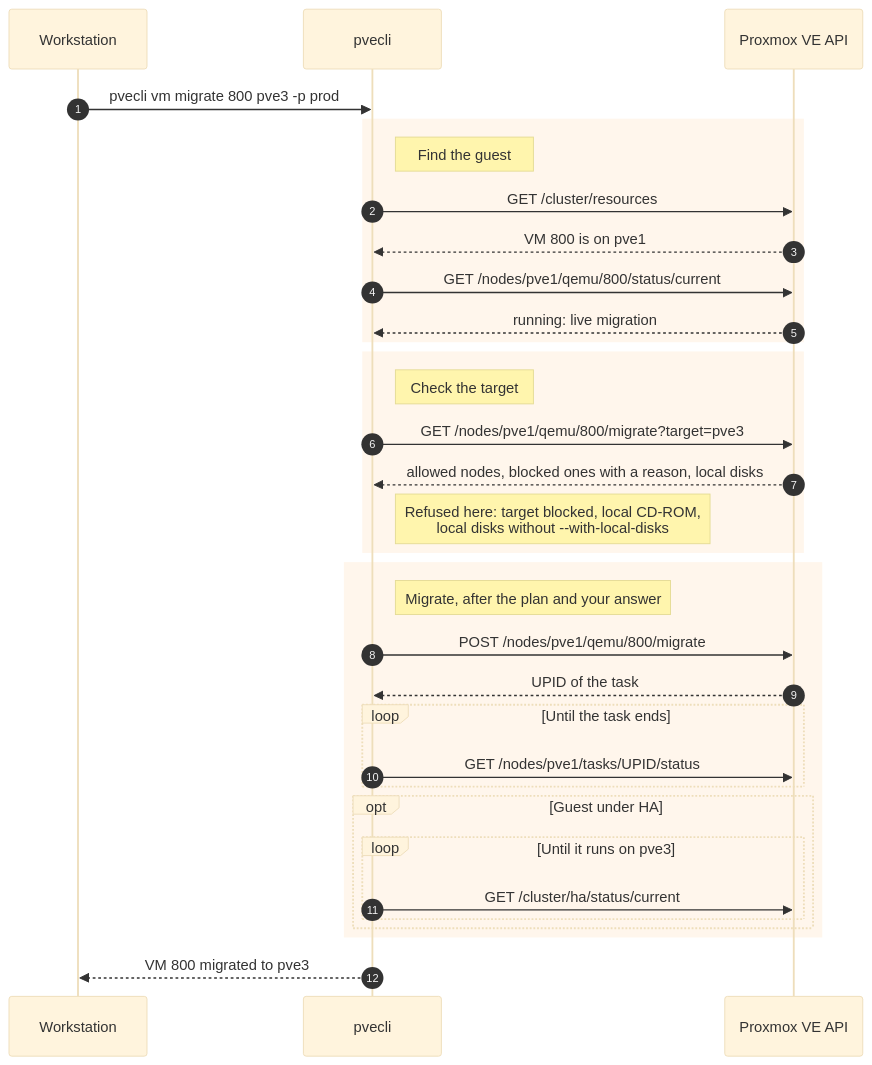
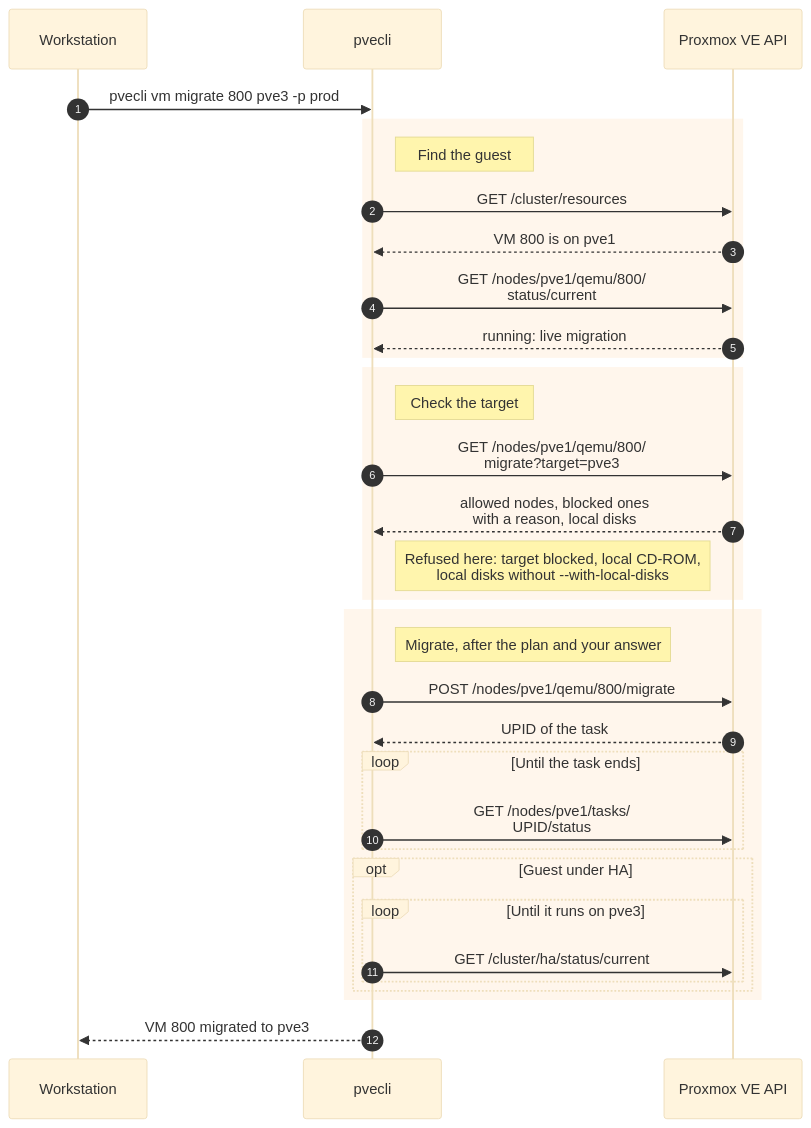
Before and after one commit to Helphyy/pvecli: the diagram in docs/guests/migrate.md, drawn with Mermaid (base theme). The commit also changed 19 other files, not shown here.

First line of the commit message:
Draw the diagrams at build time so they no longer pop in

````diff
--- a/docs/guests/migrate.md
+++ b/docs/guests/migrate.md
@@ -21,35 +21,35 @@
 ```mermaid
 sequenceDiagram
   autonumber
   participant You as Workstation
   participant P as pvecli
   participant A as Proxmox VE API
   You->>P: pvecli vm migrate 800 pve3 -p prod
   rect rgb(255, 246, 236)
     note right of P: Find the guest
     P->>A: GET /cluster/resources
     A-->>P: VM 800 is on pve1
-    P->>A: GET /nodes/pve1/qemu/800/status/current
+    P->>A: GET /nodes/pve1/qemu/800/<br/>status/current
     A-->>P: running: live migration
   end
   rect rgb(255, 246, 236)
     note right of P: Check the target
-    P->>A: GET /nodes/pve1/qemu/800/migrate?target=pve3
-    A-->>P: allowed nodes, blocked ones with a reason, local disks
+    P->>A: GET /nodes/pve1/qemu/800/<br/>migrate?target=pve3
+    A-->>P: allowed nodes, blocked ones<br/>with a reason, local disks
     note right of P: Refused here: target blocked, local CD-ROM,<br/>local disks without --with-local-disks
   end
   rect rgb(255, 246, 236)
     note right of P: Migrate, after the plan and your answer
     P->>A: POST /nodes/pve1/qemu/800/migrate
     A-->>P: UPID of the task
     loop Until the task ends
-      P->>A: GET /nodes/pve1/tasks/UPID/status
+      P->>A: GET /nodes/pve1/tasks/<br/>UPID/status
     end
     opt Guest under HA
       loop Until it runs on pve3
         P->>A: GET /cluster/ha/status/current
       end
     end
   end
   P-->>You: VM 800 migrated to pve3
 ```
````
